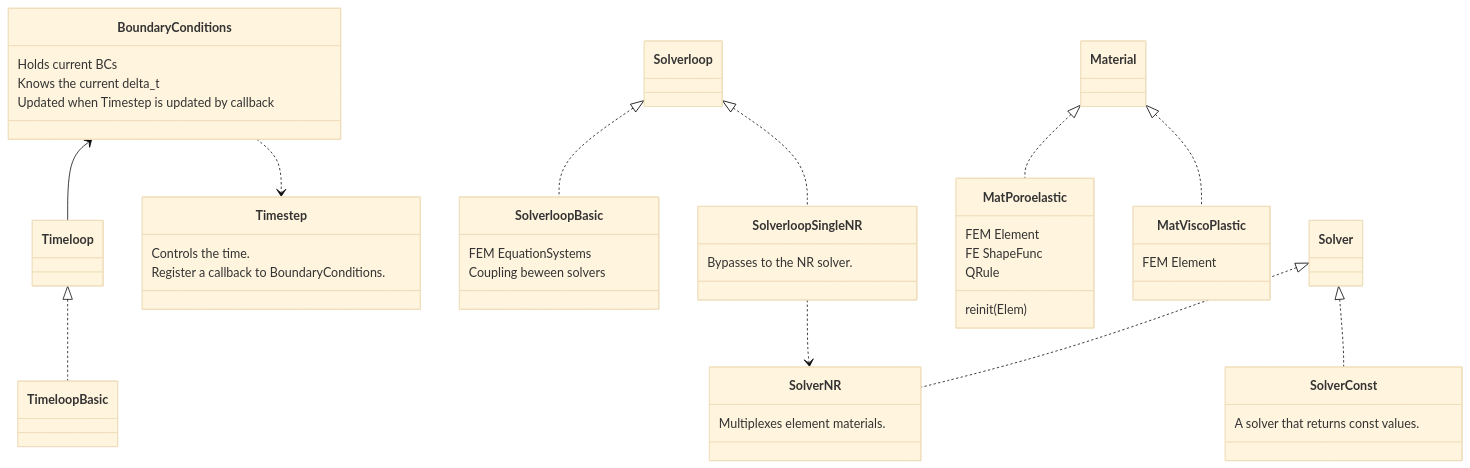
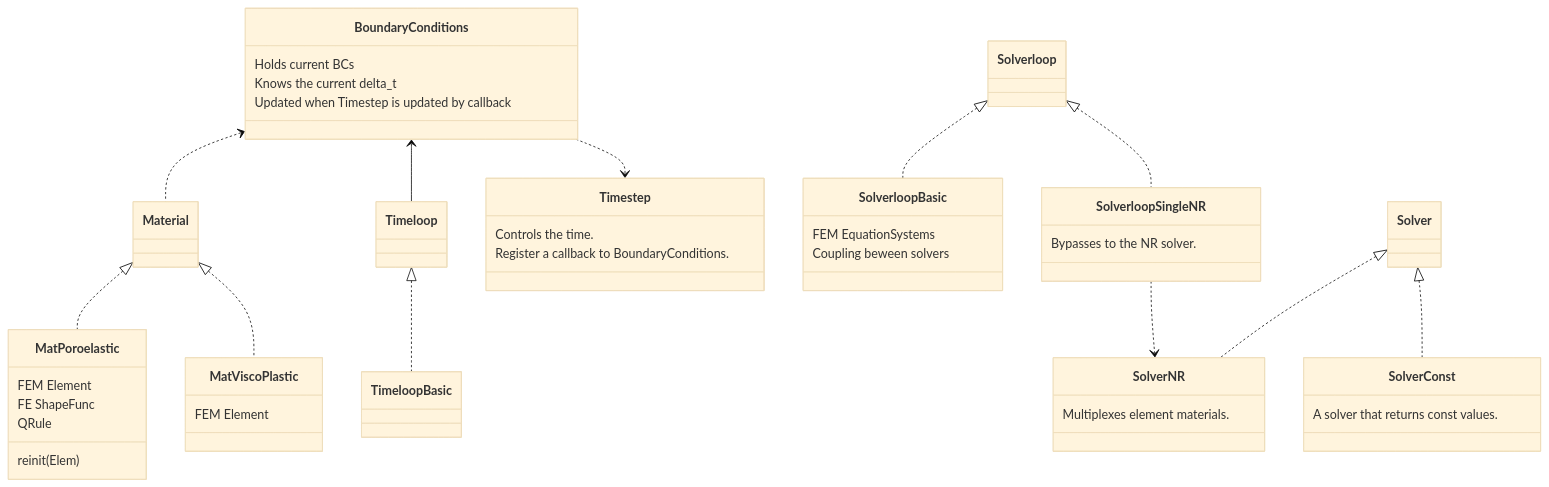
The second of 2 diagrams in doc/Description.md (rebpoli/harpy), drawn with Mermaid (base theme) before and after one commit.

````diff
--- a/doc/Description.md
+++ b/doc/Description.md
@@ -74,61 +73,62 @@
 ```mermaid
 classDiagram
+    BoundaryConditions <.. Material
     BoundaryConditions <-- Timeloop
 
     Solverloop <|.. SolverloopBasic
 
     class SolverConst { A solver that returns const values.  }
 
     class Timestep {
         Controls the time.
         Register a callback to BoundaryConditions.
     }
     class BoundaryConditions { 
         Holds current BCs
         Knows the current delta_t
         Updated when Timestep is updated by callback
     }
     BoundaryConditions ..> Timestep
 
 %% Implementations
     class SolverloopBasic {
         FEM EquationSystems
         Coupling beween solvers
     }
 
     class MatViscoPlastic { FEM Element }
 
     class MatPoroelastic {
         FEM Element 
         FE ShapeFunc
         QRule
         reinit(Elem)
     }
 
     class SolverloopSingleNR { Bypasses to the NR solver. } 
     class SolverNR { Multiplexes element materials. }
 
 %% Dependencies
 
     SolverloopSingleNR ..> SolverNR
 
 %% Interfaces << implementations
     Timeloop <|.. TimeloopBasic
     Material <|.. MatPoroelastic
     Material <|.. MatViscoPlastic
     Solverloop <|.. SolverloopSingleNR
     Solver <|.. SolverNR
     Solver <|.. SolverConst
 
 
 %%
 %% classA <|-- classB    // Inheritance (B inherits from A)
 %% classA <|.. classB    // Implementation (B implements A)
 %% classA *-- classB     // Composition (B is part of A)
 %% classA o-- classB     // Aggregation (B is used by A)
 %% classA --> classB     // Association (A references B)
 %% classA ..> classB     // Dependency (A depends on B)
 %% classA ..|> classB    // Realization (B realizes A)
 %% classA <--> classB    // Bidirectional association
 
 ```
````
